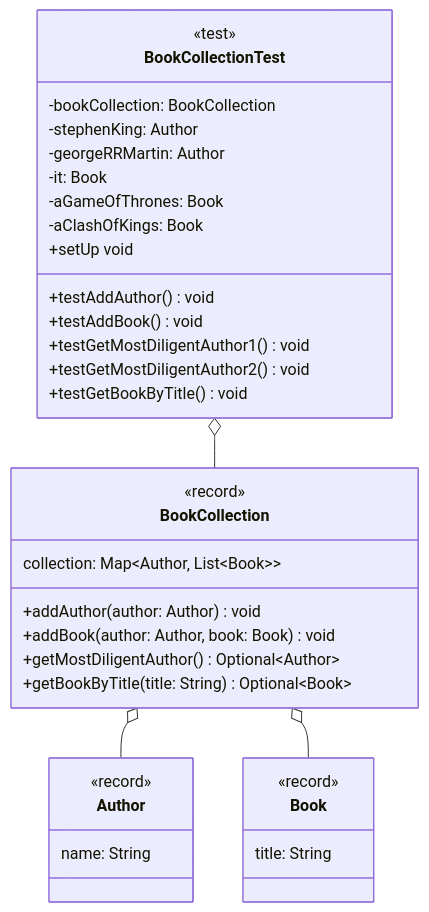
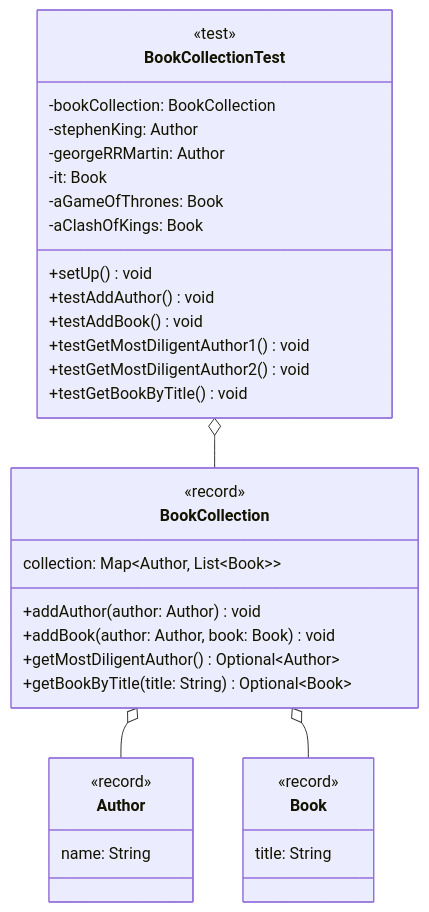
The diagram in docs/exercises/unit-tests/unit-tests04.md (jappuccini/java-docs), drawn with Mermaid before and after one commit.

````diff
--- a/docs/exercises/unit-tests/unit-tests04.md
+++ b/docs/exercises/unit-tests/unit-tests04.md
@@ -11,41 +11,41 @@
 ```mermaid
 classDiagram
     BookCollection o-- Author
     BookCollection o-- Book
     BookCollectionTest o-- BookCollection
 
     class Author {
         <<record>>
         name: String
     }
 
     class Book {
         <<record>>
         title: String
     }
 
     class BookCollection {
         <<record>>
         collection: Map~Author&sbquo; List~Book~~
         +addAuthor(author: Author) void
         +addBook(author: Author, book: Book) void
         +getMostDiligentAuthor() Optional~Author~
         +getBookByTitle(title: String) Optional~Book~
     }
 
     class BookCollectionTest {
         <<test>>
         -bookCollection: BookCollection
         -stephenKing: Author
         -georgeRRMartin: Author
         -it: Book
         -aGameOfThrones: Book
         -aClashOfKings: Book
-        +setUp void
+        +setUp() void
         +testAddAuthor() void
         +testAddBook() void
         +testGetMostDiligentAuthor1() void
         +testGetMostDiligentAuthor2() void
         +testGetBookByTitle() void
     }
 ```
````
